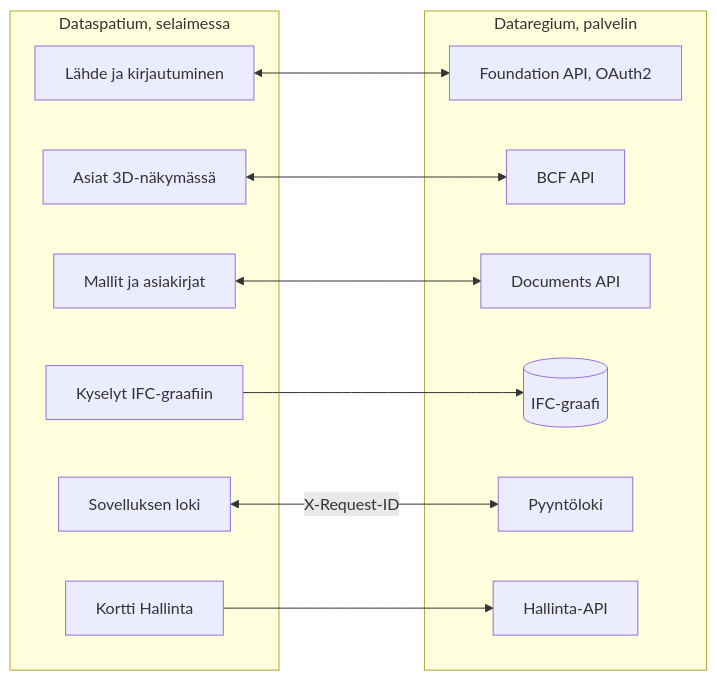
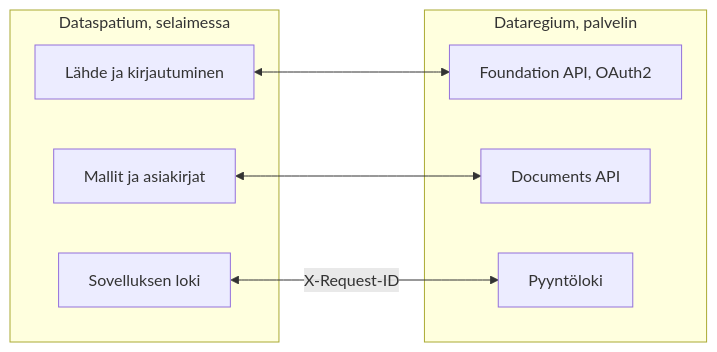
Before and after one commit to marwiss/Kontroll: the diagram in docs/fi/README.md, drawn with Mermaid. The commit also changed other lines of this file and 6 other files, not shown here.

````diff
--- a/docs/fi/README.md
+++ b/docs/fi/README.md
@@ -347,25 +330,16 @@
 ```mermaid
 flowchart LR
     subgraph app ["Dataspatium, selaimessa"]
         source["Lähde ja kirjautuminen"]
-        issues["Asiat 3D-näkymässä"]
         files["Mallit ja asiakirjat"]
-        queries["Kyselyt IFC-graafiin"]
         log["Sovelluksen loki"]
-        admin["Kortti Hallinta"]
     end
     subgraph server ["Dataregium, palvelin"]
         foundation["Foundation API, OAuth2"]
-        bcf["BCF API"]
         documents["Documents API"]
-        ifcgraph[("IFC-graafi")]
         requests["Pyyntöloki"]
-        adminapi["Hallinta-API"]
     end
     source <--> foundation
-    issues <--> bcf
     files <--> documents
-    queries --> ifcgraph
     log <-- "X-Request-ID" --> requests
-    admin --> adminapi
 ```
````
